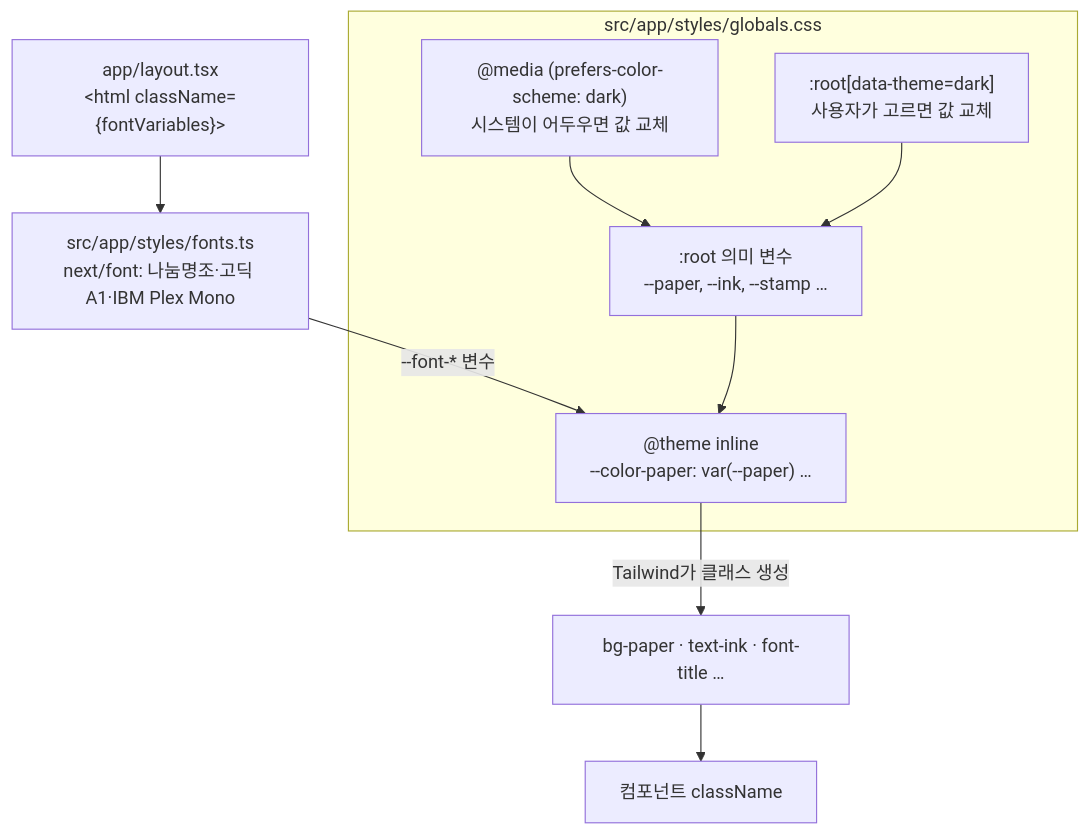
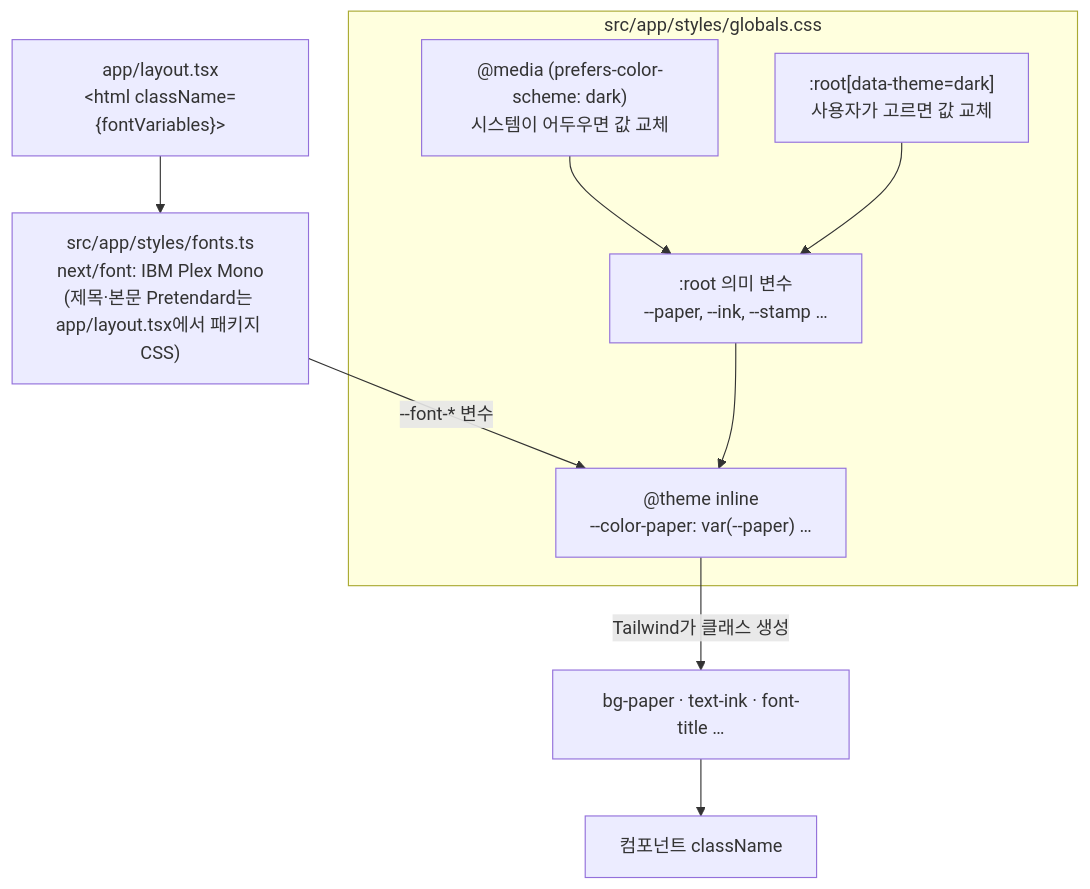
One commit to arqhive/arqhive-web changed the tenth of 16 diagrams in docs/learning/app-flow.md. Above: the diagram before and after it, drawn with Mermaid. The commit also changed 8 other files, not shown here.

````diff
--- a/docs/learning/app-flow.md
+++ b/docs/learning/app-flow.md
@@ -191,16 +191,16 @@
 ```mermaid
 flowchart TB
   subgraph css["src/app/styles/globals.css"]
     vars[":root 의미 변수<br/>--paper, --ink, --stamp …"]
     media["@media (prefers-color-scheme: dark)<br/>시스템이 어두우면 값 교체"]
     attr[":root[data-theme=dark]<br/>사용자가 고르면 값 교체"]
     theme["@theme inline<br/>--color-paper: var(--paper) …"]
   end
-  fonts["src/app/styles/fonts.ts<br/>next/font: 나눔명조·고딕 A1·IBM Plex Mono"] -- "--font-* 변수" --> theme
+  fonts["src/app/styles/fonts.ts<br/>next/font: IBM Plex Mono<br/>(제목·본문 Pretendard는 app/layout.tsx에서 패키지 CSS)"] -- "--font-* 변수" --> theme
   vars --> theme
   media --> vars
   attr --> vars
   theme -- "Tailwind가 클래스 생성" --> cls["bg-paper · text-ink · font-title …"]
   cls --> ui["컴포넌트 className"]
   layout["app/layout.tsx<br/>&lt;html className={fontVariables}&gt;"] --> fonts
 ```
````
